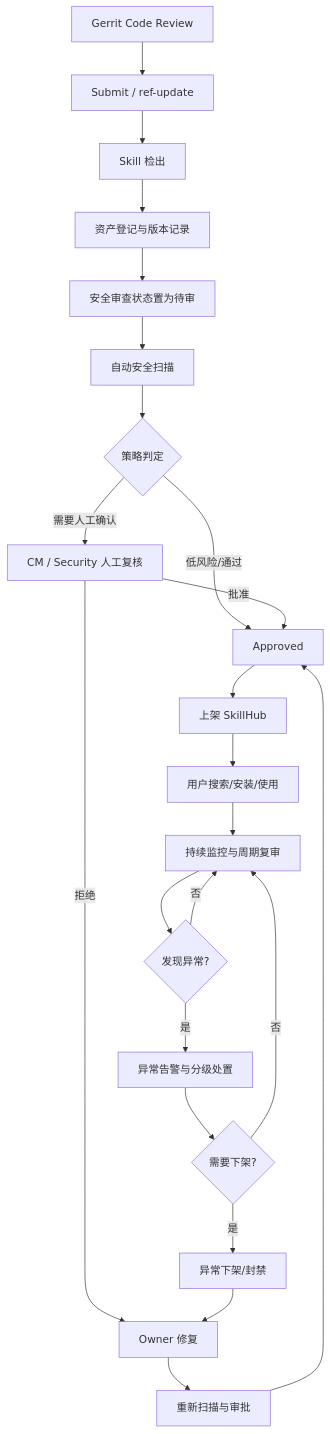
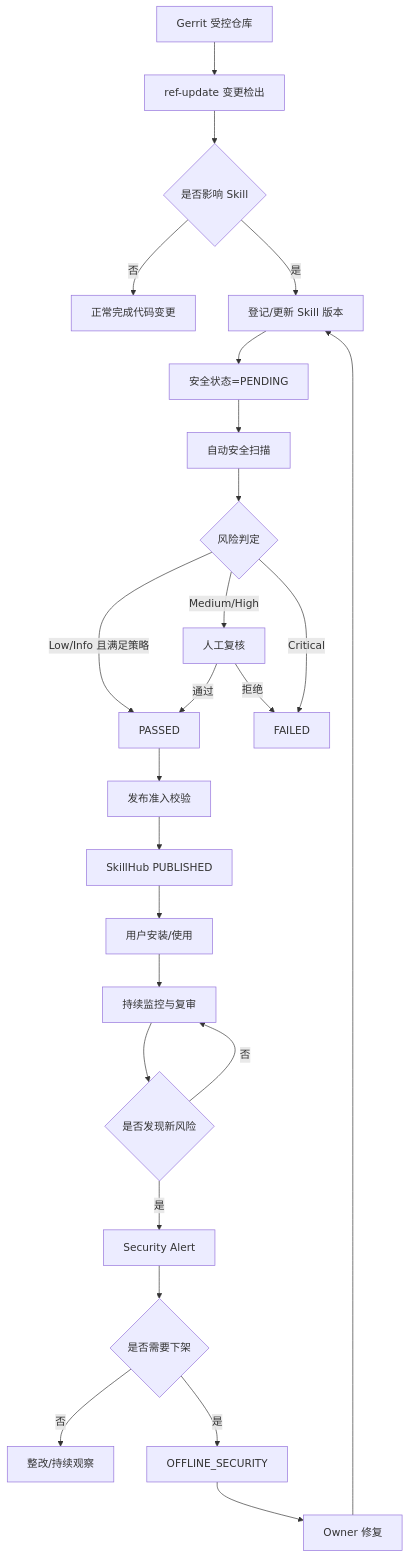
One commit to Chenzy-zero/SkillHub changed the first of 3 diagrams in docs/10-skill-security-governance-strategy.md. Above: the diagram before and after it, drawn with Mermaid. The commit also changed other lines of this file, not shown here.

Commit message:
docs: finalize Skill security management policy

````diff
--- a/docs/10-skill-security-governance-strategy.md
+++ b/docs/10-skill-security-governance-strategy.md
@@ -102,25 +538,27 @@
 ```mermaid
 flowchart TD
-    A[Gerrit Code Review] --> B[Submit / ref-update]
-    B --> C[Skill 检出]
-    C --> D[资产登记与版本记录]
-    D --> E[安全审查状态置为待审]
+    A[Gerrit 受控仓库] --> B[ref-update 变更检出]
+    B --> C{是否影响 Skill}
+    C -->|否| Z[正常完成代码变更]
+    C -->|是| D[登记/更新 Skill 版本]
+    D --> E[安全状态=PENDING]
     E --> F[自动安全扫描]
-    F --> G{策略判定}
-    G -->|低风险/通过| I[Approved]
-    G -->|需要人工确认| H[CM / Security 人工复核]
-    H -->|批准| I
-    H -->|拒绝| Q[Owner 修复]
-    I --> J[上架 SkillHub]
-    J --> K[用户搜索/安装/使用]
-    K --> L[持续监控与周期复审]
-    L --> M{发现异常?}
-    M -->|否| L
-    M -->|是| N[异常告警与分级处置]
-    N --> O{需要下架?}
-    O -->|否| L
-    O -->|是| P[异常下架/封禁]
-    P --> Q
-    Q --> R[重新扫描与审批]
-    R --> I
+    F --> G{风险判定}
+    G -->|Low/Info 且满足策略| H[PASSED]
+    G -->|Medium/High| I[人工复核]
+    G -->|Critical| J[FAILED]
+    I -->|通过| H
+    I -->|拒绝| J
+    H --> K[发布准入校验]
+    K --> L[SkillHub PUBLISHED]
+    L --> M[用户安装/使用]
+    M --> N[持续监控与复审]
+    N --> O{是否发现新风险}
+    O -->|否| N
+    O -->|是| P[Security Alert]
+    P --> Q{是否需要下架}
+    Q -->|否| R[整改/持续观察]
+    Q -->|是| S[OFFLINE_SECURITY]
+    S --> T[Owner 修复]
+    T --> D
 ```
````
